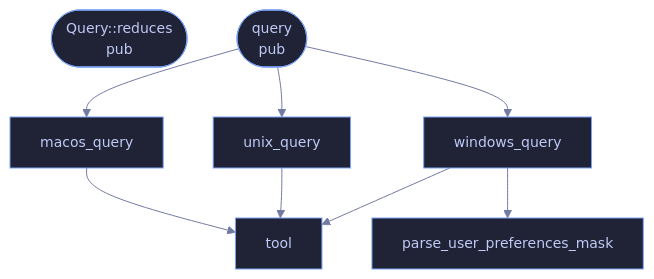
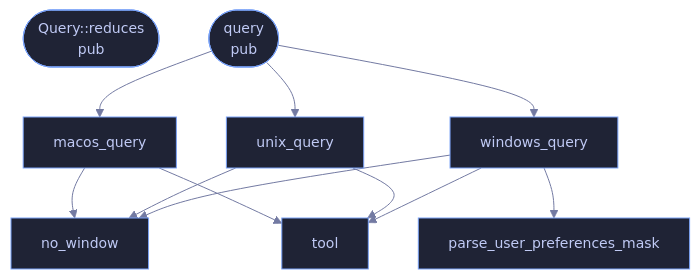
Before and after one commit to tilas01/veilvoice: the diagram in wiki/File-veilvoice-gui-reduced_motion.md, drawn with Mermaid. The commit also changed other lines of this file and 309 other files, not shown here.

````diff
--- a/wiki/File-veilvoice-gui-reduced_motion.md
+++ b/wiki/File-veilvoice-gui-reduced_motion.md
@@ -53,18 +53,22 @@
 ```mermaid
 %%{init: {"theme":"base","themeVariables":{"background":"#1a1b26","primaryColor":"#1f2335","primaryTextColor":"#c0caf5","primaryBorderColor":"#7aa2f7","secondaryColor":"#16161e","tertiaryColor":"#16161e","lineColor":"#737aa2","textColor":"#c0caf5","mainBkg":"#1f2335","nodeBorder":"#7aa2f7","clusterBkg":"#16161e","clusterBorder":"#2f3549","fontFamily":"ui-monospace, SFMono-Regular, Consolas, monospace","fontSize":"14px"}}}%%
 flowchart TD
+    n_no_window["no_window"]
     n_reduces(["Query::reduces<br/>pub"])
     n_tool["tool"]
     n_query(["query<br/>pub"])
     n_windows_query["windows_query"]
     n_parse_user_preferences_mask["parse_user_preferences_mask"]
     n_macos_query["macos_query"]
     n_unix_query["unix_query"]
+    n_macos_query --> n_no_window
     n_macos_query --> n_tool
     n_query --> n_macos_query
     n_query --> n_unix_query
     n_query --> n_windows_query
+    n_unix_query --> n_no_window
     n_unix_query --> n_tool
+    n_windows_query --> n_no_window
     n_windows_query --> n_parse_user_preferences_mask
     n_windows_query --> n_tool
 ```
````
